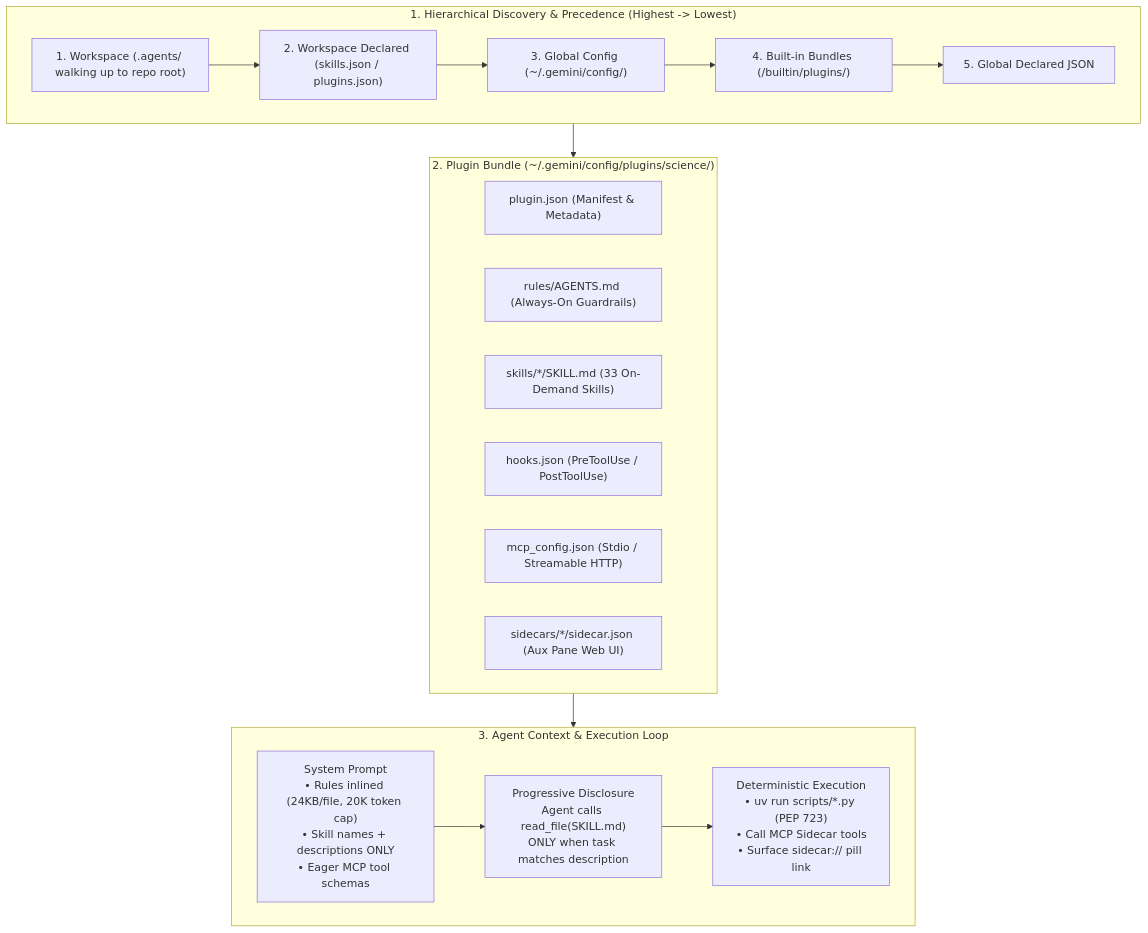
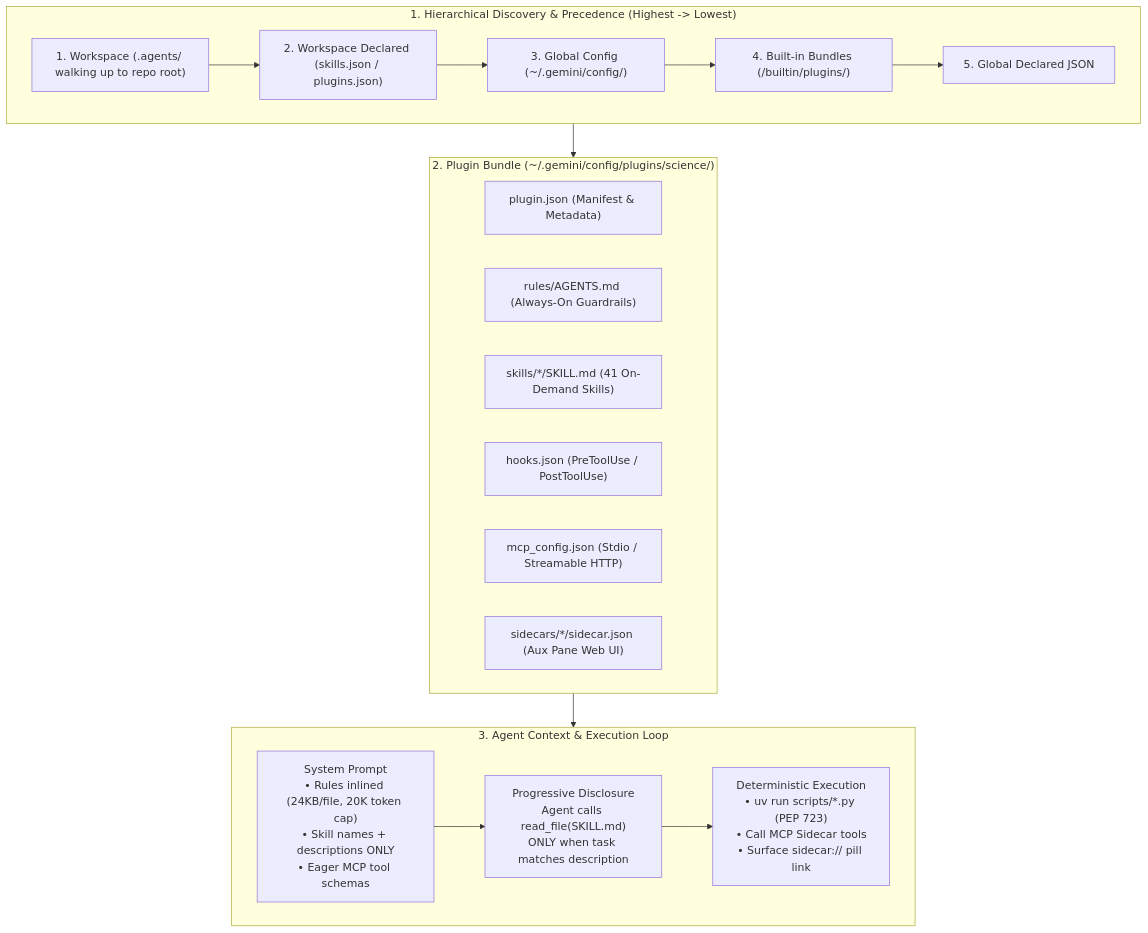
The first of 2 diagrams in DEVTO_ANTIGRAVITY_SCIENCE_PLUGIN_GUIDE.md (RobinaMirbahar/antigravity-science-plugin-cookbook), drawn with Mermaid before and after one commit. The commit also changed other lines of this file and 18 other files, not shown here.

Commit message:
Add PNG charts for DEV.to, remove em dashes, and upgrade reproducibility audit hook

````diff
--- a/DEVTO_ANTIGRAVITY_SCIENCE_PLUGIN_GUIDE.md
+++ b/DEVTO_ANTIGRAVITY_SCIENCE_PLUGIN_GUIDE.md
@@ -32,29 +32,29 @@
 ```mermaid
 flowchart TB
     subgraph Discovery["1. Hierarchical Discovery & Precedence (Highest -> Lowest)"]
         P1["1. Workspace (.agents/ walking up to repo root)"]
         P2["2. Workspace Declared (skills.json / plugins.json)"]
         P3["3. Global Config (~/.gemini/config/)"]
         P4["4. Built-in Bundles (/builtin/plugins/)"]
         P5["5. Global Declared JSON"]
         P1 --> P2 --> P3 --> P4 --> P5
     end
 
     subgraph Bundle["2. Plugin Bundle (~/.gemini/config/plugins/science/)"]
         Manifest["plugin.json (Manifest & Metadata)"]
         Rules["rules/AGENTS.md (Always-On Guardrails)"]
-        Skills["skills/*/SKILL.md (33 On-Demand Skills)"]
+        Skills["skills/*/SKILL.md (41 On-Demand Skills)"]
         Hooks["hooks.json (PreToolUse / PostToolUse)"]
         MCP["mcp_config.json (Stdio / Streamable HTTP)"]
         Sidecar["sidecars/*/sidecar.json (Aux Pane Web UI)"]
     end
 
     subgraph Runtime["3. Agent Context & Execution Loop"]
         SysPrompt["System Prompt\n• Rules inlined (24KB/file, 20K token cap)\n• Skill names + descriptions ONLY\n• Eager MCP tool schemas"]
         Activate["Progressive Disclosure\nAgent calls read_file(SKILL.md)\nONLY when task matches description"]
         Exec["Deterministic Execution\n• uv run scripts/*.py (PEP 723)\n• Call MCP Sidecar tools\n• Surface sidecar:// pill link"]
         SysPrompt --> Activate --> Exec
     end
 
     Discovery --> Bundle --> Runtime
 ```
````
